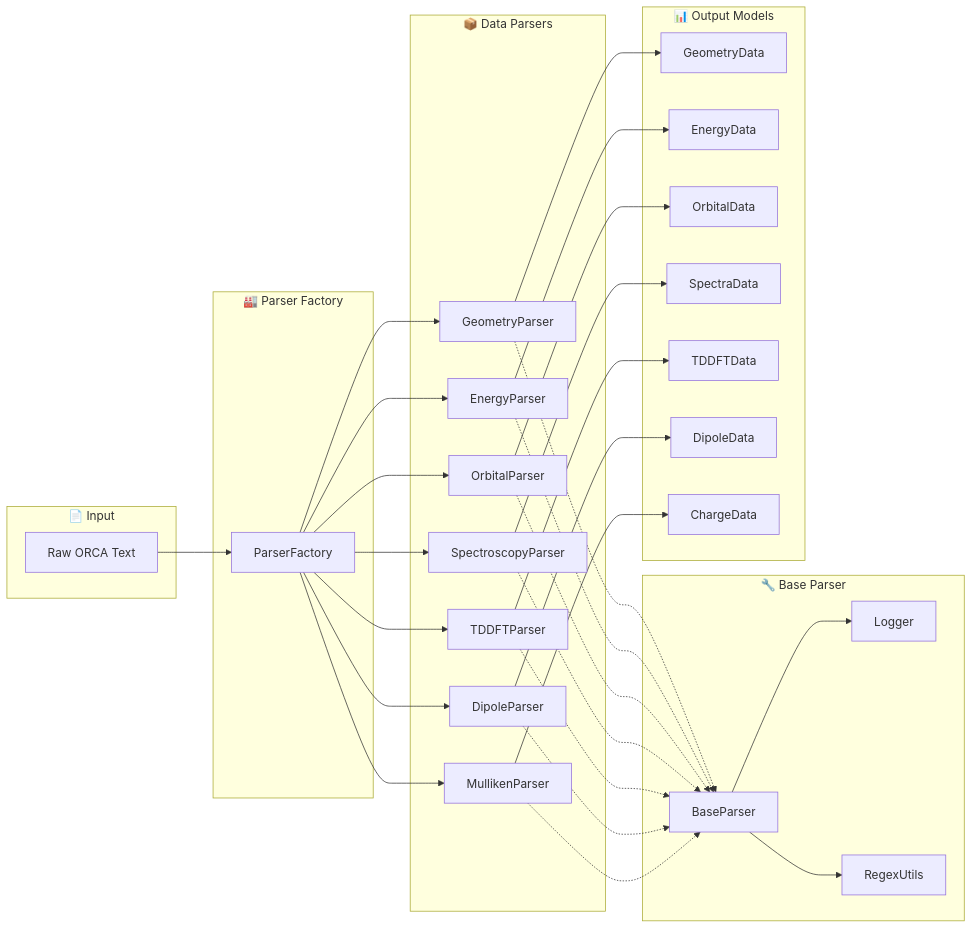
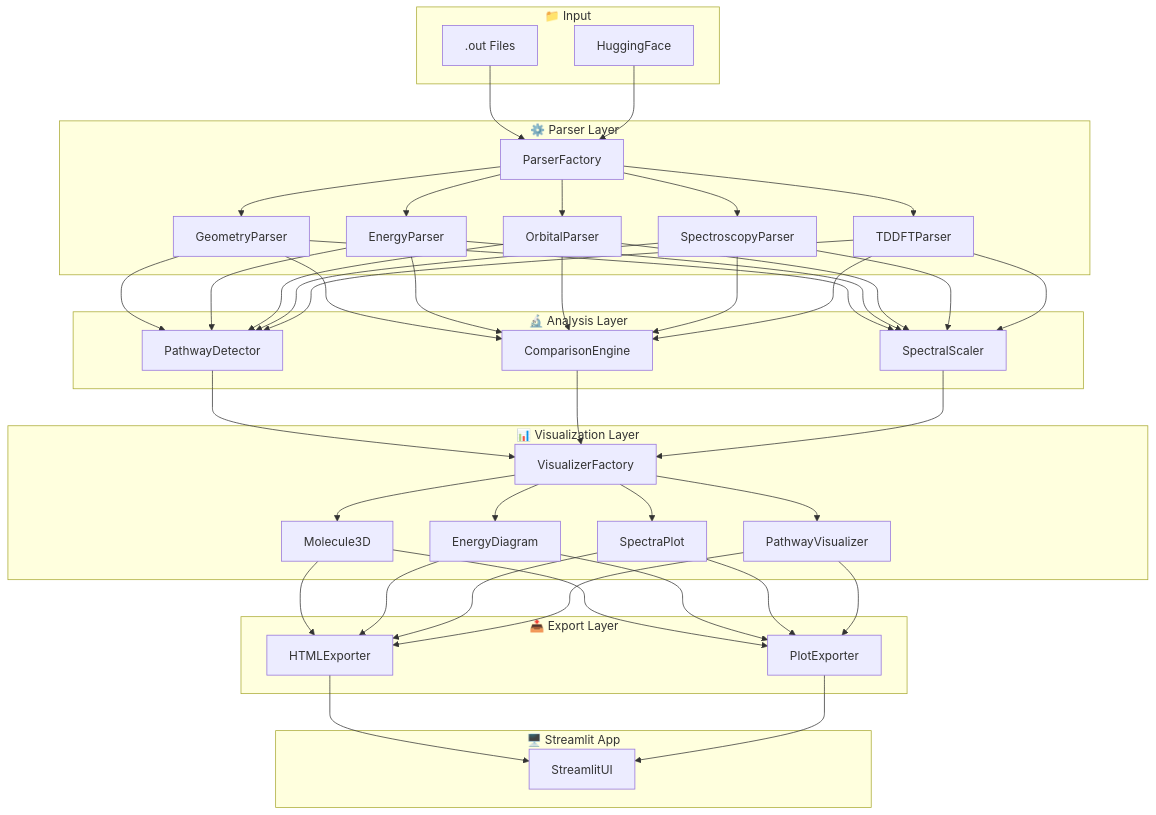
The first of 4 diagrams in README.md (jauharmz/Orca_Files), drawn with Mermaid before and after one commit. The commit also changed other lines of this file, not shown here.

Commit message:
docs: Update README to reflect new project features, revised architecture, and detailed component diagrams.

````diff
--- a/README.md
+++ b/README.md
@@ -71,55 +26,47 @@
 ```mermaid
-graph LR
-    subgraph "📄 Input"
-        TXT[Raw ORCA Text]
+graph TB
+    subgraph "📁 Input"
+        F1[.out Files]
+        F2[HuggingFace]
     end
     
-    subgraph "🏭 Parser Factory"
+    subgraph "⚙️ Parser Layer"
         PF[ParserFactory]
-    end
-    
-    subgraph "🔧 Base Parser"
-        BP[BaseParser]
-        BP --> LOG[Logger]
-        BP --> UTIL[RegexUtils]
-    end
-    
-    subgraph "📦 Data Parsers"
         GP[GeometryParser]
         EP[EnergyParser]
         OP[OrbitalParser]
         SP[SpectroscopyParser]
         TP[TDDFTParser]
-        DP[DipoleParser]
-        MP[MullikenParser]
     end
     
-    subgraph "📊 Output Models"
-        GM[GeometryData]
-        EM[EnergyData]
-        OM[OrbitalData]
-        SM[SpectraData]
-        TM[TDDFTData]
-        DM[DipoleData]
-        MM[ChargeData]
+    subgraph "🔬 Analysis Layer"
+        PD[PathwayDetector]
+        CE[ComparisonEngine]
+        SS[SpectralScaler]
     end
     
-    TXT --> PF
-    PF --> GP & EP & OP & SP & TP & DP & MP
+    subgraph "📊 Visualization Layer"
+        VF[VisualizerFactory]
+        M3D[Molecule3D]
+        EDV[EnergyDiagram]
+        SPV[SpectraPlot]
+        PWV[PathwayVisualizer]
+    end
     
-    GP -.-> BP
-    EP -.-> BP
-    OP -.-> BP
-    SP -.-> BP
-    TP -.-> BP
-    DP -.-> BP
-    MP -.-> BP
+    subgraph "📤 Export Layer"
+        HE[HTMLExporter]
+        PE[PlotExporter]
+    end
     
-    GP --> GM
-    EP --> EM
-    OP --> OM
-    SP --> SM
-    TP --> TM
-    DP --> DM
-    MP --> MM
+    subgraph "🖥️ Streamlit App"
+        UI[StreamlitUI]
+    end
+    
+    F1 & F2 --> PF
+    PF --> GP & EP & OP & SP & TP
+    GP & EP & OP & SP & TP --> PD & CE & SS
+    PD & CE & SS --> VF
+    VF --> M3D & EDV & SPV & PWV
+    M3D & EDV & SPV & PWV --> HE & PE
+    HE & PE --> UI
 ```
````
